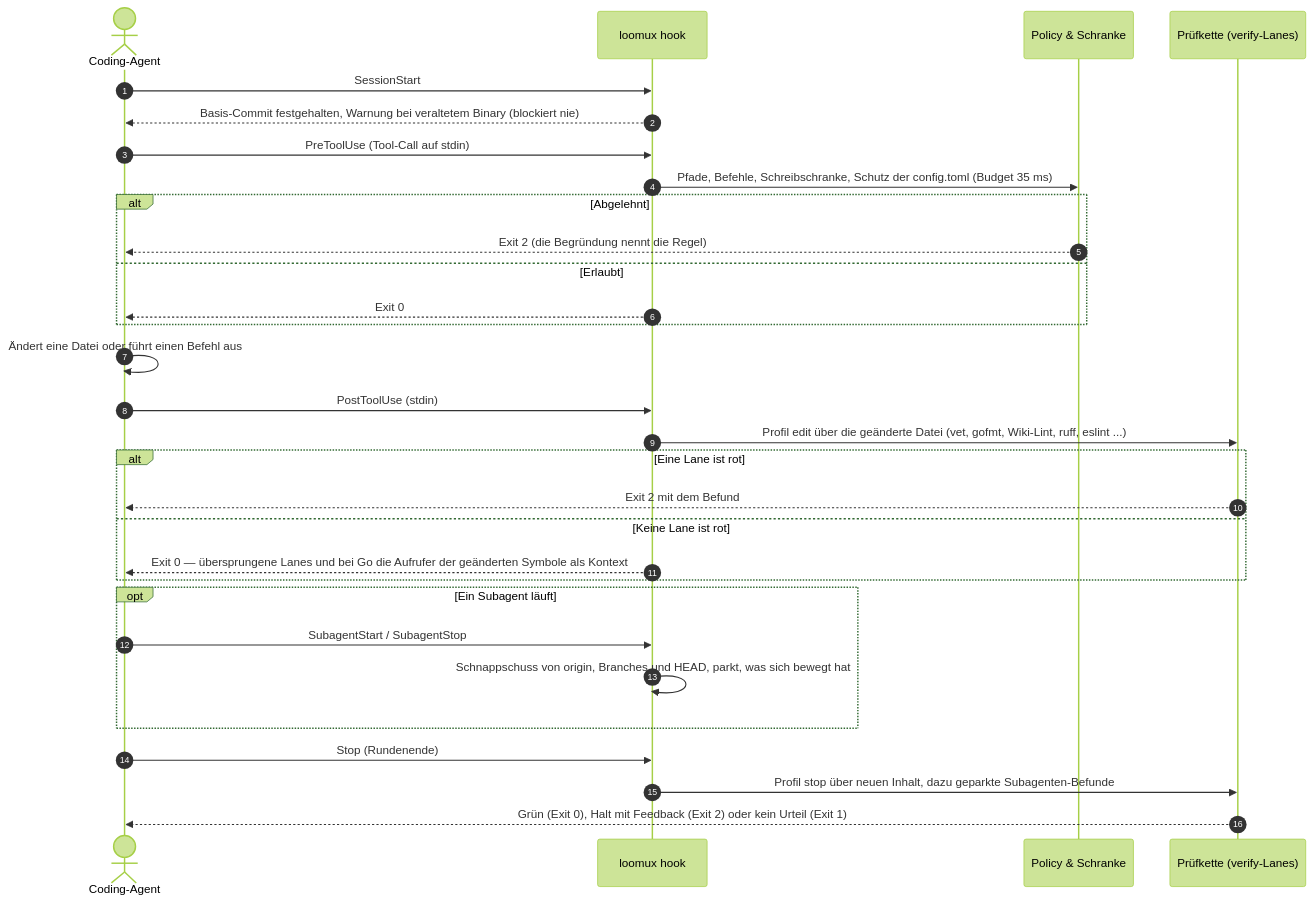
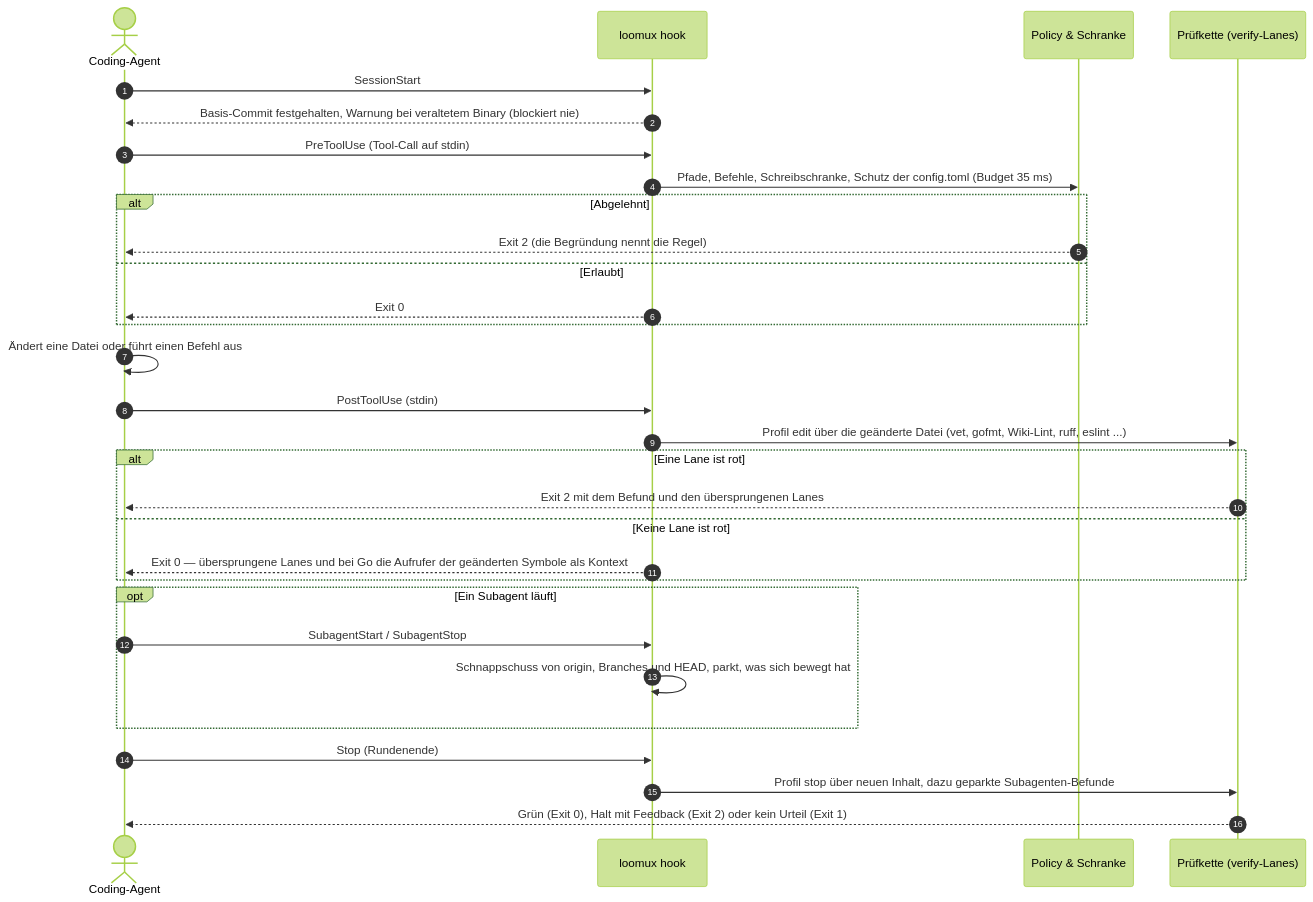
Before and after one commit to xidus90/loomux: the second of 3 diagrams in README.de.md, drawn with Mermaid (forest theme). The commit also changed 11 other files, not shown here.

````diff
--- a/README.de.md
+++ b/README.de.md
@@ -59,38 +59,38 @@
 ```mermaid
 sequenceDiagram
     autonumber
     actor Agent as Coding-Agent
     participant Hook as loomux hook
     participant Policy as Policy & Schranke
     participant Verify as Prüfkette (verify-Lanes)
 
     Agent->>Hook: SessionStart
     Hook-->>Agent: Basis-Commit festgehalten, Warnung bei veraltetem Binary (blockiert nie)
 
     Agent->>Hook: PreToolUse (Tool-Call auf stdin)
     Hook->>Policy: Pfade, Befehle, Schreibschranke, Schutz der config.toml (Budget 35 ms)
     alt Abgelehnt
         Policy-->>Agent: Exit 2 (die Begründung nennt die Regel)
     else Erlaubt
         Hook-->>Agent: Exit 0
     end
 
     Agent->>Agent: Ändert eine Datei oder führt einen Befehl aus
 
     Agent->>Hook: PostToolUse (stdin)
     Hook->>Verify: Profil edit über die geänderte Datei (vet, gofmt, Wiki-Lint, ruff, eslint ...)
     alt Eine Lane ist rot
-        Verify-->>Agent: Exit 2 mit dem Befund
+        Verify-->>Agent: Exit 2 mit dem Befund und den übersprungenen Lanes
     else Keine Lane ist rot
         Hook-->>Agent: Exit 0 — übersprungene Lanes und bei Go die Aufrufer der geänderten Symbole als Kontext
     end
 
     opt Ein Subagent läuft
         Agent->>Hook: SubagentStart / SubagentStop
         Hook->>Hook: Schnappschuss von origin, Branches und HEAD, parkt, was sich bewegt hat
     end
 
     Agent->>Hook: Stop (Rundenende)
     Hook->>Verify: Profil stop über neuen Inhalt, dazu geparkte Subagenten-Befunde
     Verify-->>Agent: Grün (Exit 0), Halt mit Feedback (Exit 2) oder kein Urteil (Exit 1)
 ```
````
